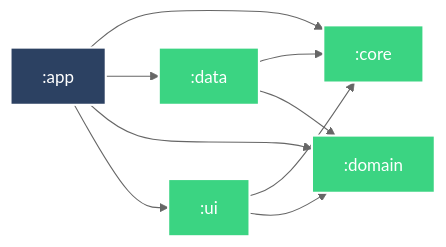
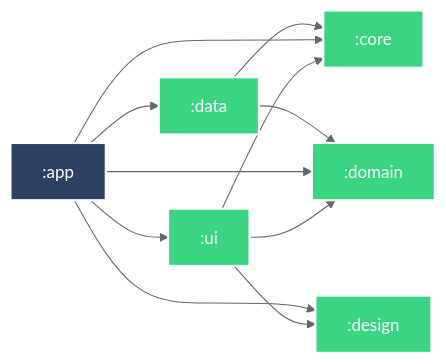
Before and after one commit to r4dixx/CATSikel: the diagram in docs/README.md, drawn with Mermaid. The commit also changed 15 other files, not shown here.

````diff
--- a/docs/README.md
+++ b/docs/README.md
@@ -3,26 +3,29 @@
 ```mermaid
 %%{
   init: {
     'theme': 'neutral'
   }
 }%%
 
 graph LR
   :ui --> :core
+  :ui --> :design
   :ui --> :domain
   :app --> :core
   :app --> :data
+  :app --> :design
   :app --> :domain
   :app --> :ui
   :data --> :core
   :data --> :domain
 
 classDef android-library fill:#3BD482,stroke:#fff,stroke-width:2px,color:#fff;
 classDef android-application fill:#2C4162,stroke:#fff,stroke-width:2px,color:#fff;
 class :ui android-library
 class :core android-library
+class :design android-library
 class :domain android-library
 class :app android-application
 class :data android-library
 
 ```
````
